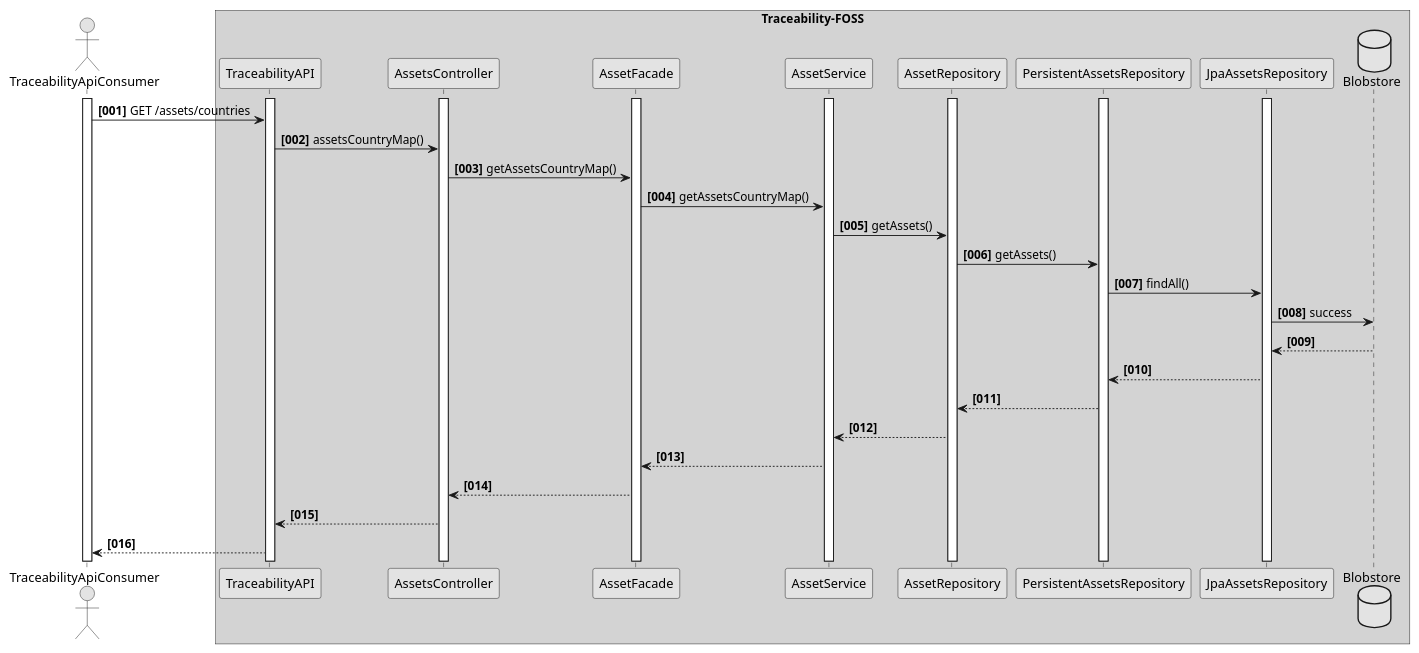
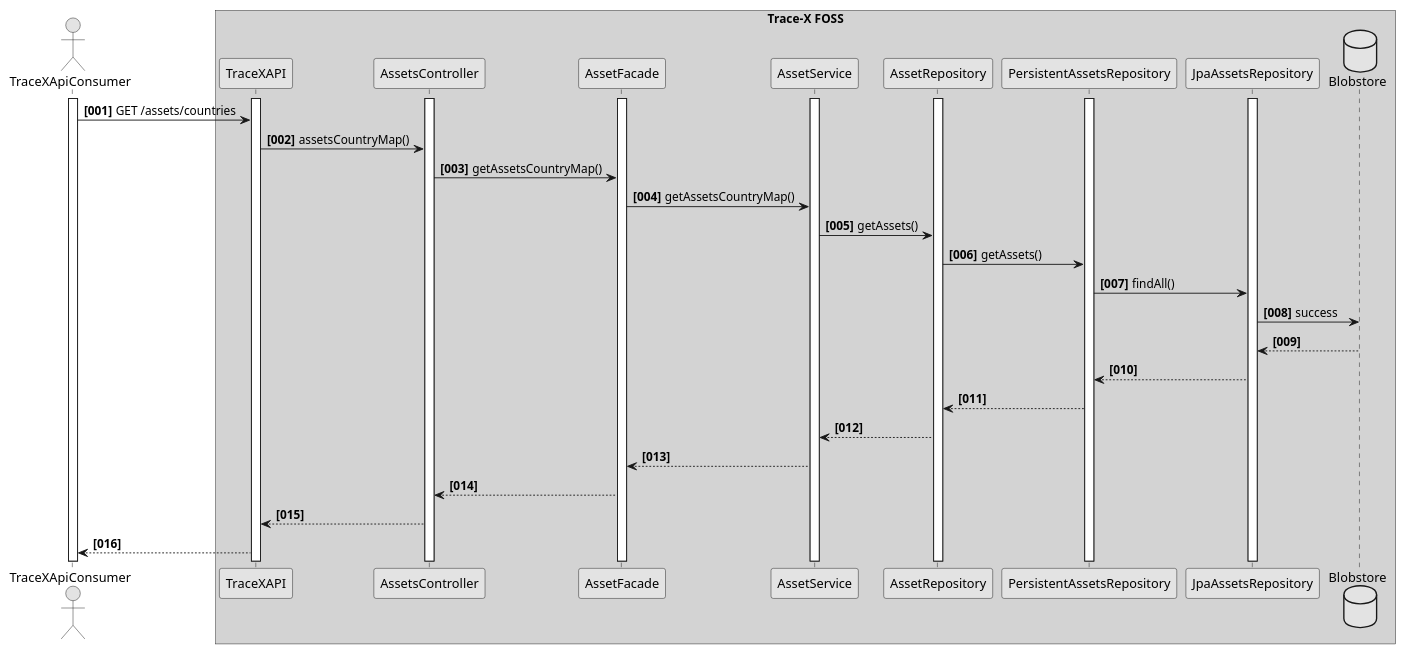
The diagram in docs/src/uml-diagrams/runtime-view/get-country-information-for-assets.puml (catenax-ng/tx-traceability-foss), drawn with PlantUML before and after one commit. The commit also changed 8 other files, not shown here.

```diff
--- a/docs/src/uml-diagrams/runtime-view/get-country-information-for-assets.puml
+++ b/docs/src/uml-diagrams/runtime-view/get-country-information-for-assets.puml
@@ -1,47 +1,47 @@
 @startuml
 skinparam monochrome true
 skinparam shadowing false
 autonumber "<b>[000]"
 
-actor TraceabilityApiConsumer
-activate TraceabilityApiConsumer
+actor TraceXApiConsumer
+activate TraceXApiConsumer
 
 
-box "Traceability-FOSS" #LightGrey
-participant TraceabilityAPI
-activate TraceabilityAPI
+box "Trace-X FOSS" #LightGrey
+participant TraceXAPI
+activate TraceXAPI
 participant AssetsController
 activate AssetsController
 participant AssetFacade
 activate AssetFacade
 participant AssetService
 activate AssetService
 participant AssetRepository
 activate AssetRepository
 participant PersistentAssetsRepository
 activate PersistentAssetsRepository
 participant JpaAssetsRepository
 activate JpaAssetsRepository
 database Blobstore
 
-TraceabilityApiConsumer -> TraceabilityAPI : GET /assets/countries
-TraceabilityAPI -> AssetsController :  assetsCountryMap()
+TraceXApiConsumer -> TraceXAPI : GET /assets/countries
+TraceXAPI -> AssetsController :  assetsCountryMap()
 AssetsController -> AssetFacade :  getAssetsCountryMap()
 AssetFacade -> AssetService: getAssetsCountryMap()
 AssetService -> AssetRepository: getAssets()
 AssetRepository -> PersistentAssetsRepository: getAssets()
 PersistentAssetsRepository -> JpaAssetsRepository: findAll()
 JpaAssetsRepository -> Blobstore : success
 
 
 
 JpaAssetsRepository <-- Blobstore
 PersistentAssetsRepository <-- JpaAssetsRepository
 AssetRepository <-- PersistentAssetsRepository
 AssetService <-- AssetRepository
 AssetFacade <-- AssetService
 AssetsController <-- AssetFacade
-TraceabilityAPI <-- AssetsController
-TraceabilityApiConsumer <-- TraceabilityAPI
+TraceXAPI <-- AssetsController
+TraceXApiConsumer <-- TraceXAPI
 
 @enduml
```
